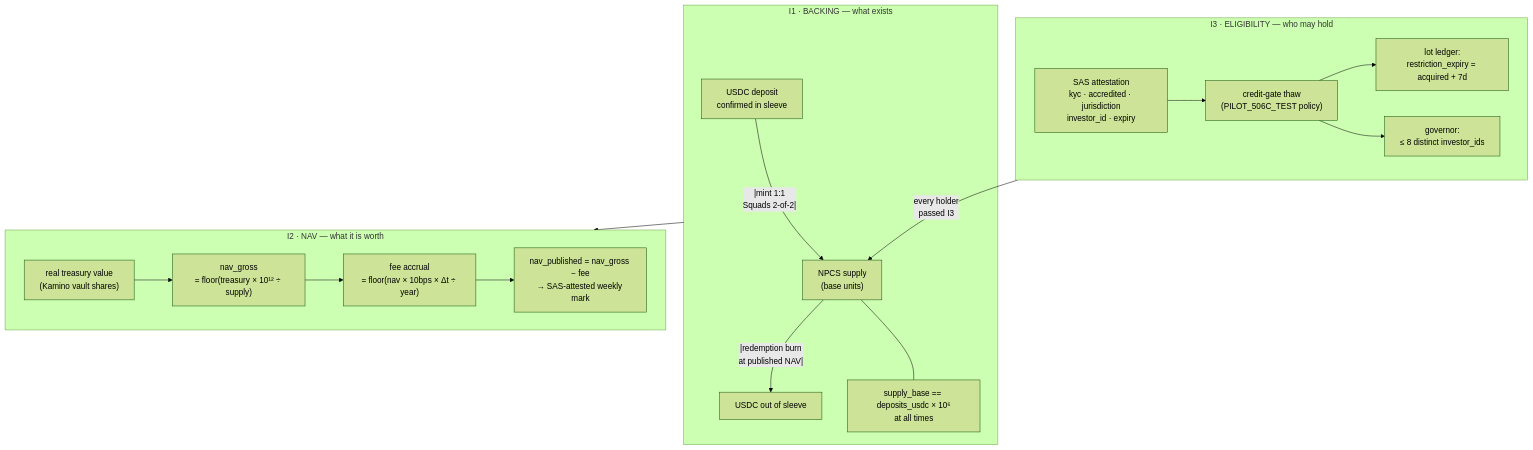
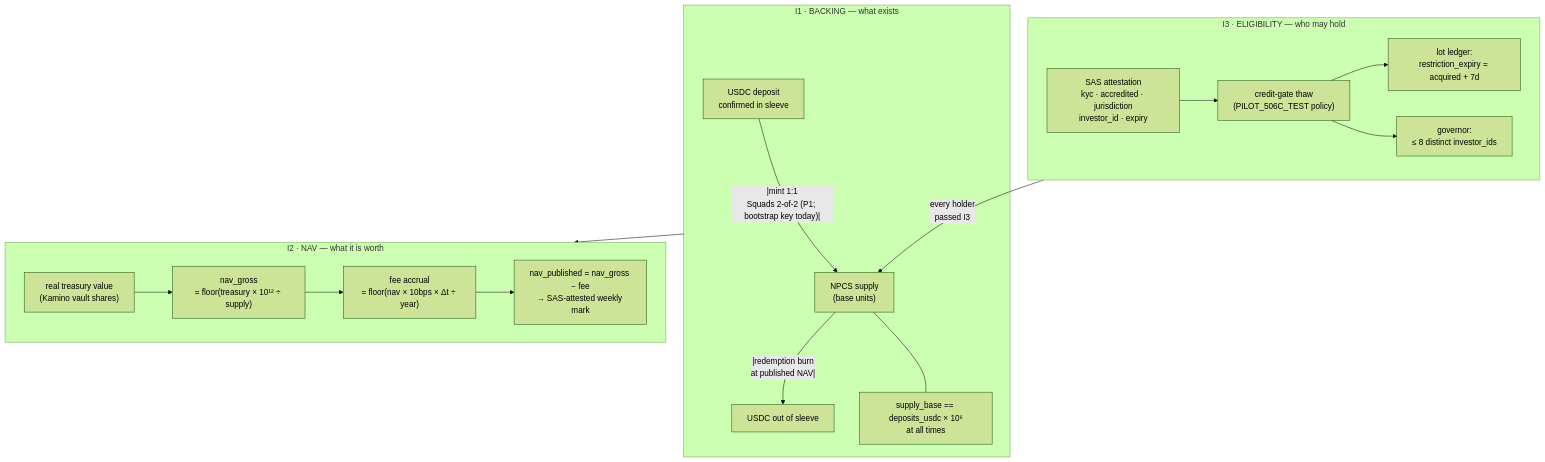
One commit to Srizdebnath/nundina changed the first of 2 diagrams in token/TOKENOMICS.md. Above: the diagram before and after it, drawn with Mermaid (forest theme). The commit also changed other lines of this file and 2 other files, not shown here.

````diff
--- a/token/TOKENOMICS.md
+++ b/token/TOKENOMICS.md
@@ -13,23 +26,23 @@
 ```mermaid
 flowchart TB
     subgraph I1["I1 · BACKING — what exists"]
-        A["USDC deposit<br/>confirmed in sleeve"] -->|"|mint 1:1<br/>Squads 2-of-2|"| S["NPCS supply<br/>(base units)"]
+        A["USDC deposit<br/>confirmed in sleeve"] -->|"|mint 1:1<br/>Squads 2-of-2 (P1; bootstrap key today)|"| S["NPCS supply<br/>(base units)"]
         S -->|"|redemption burn<br/>at published NAV|"| R["USDC out of sleeve"]
         S --- N1["supply_base == deposits_usdc × 10⁶<br/>at all times"]
     end
 
     subgraph I2["I2 · NAV — what it is worth"]
         T["real treasury value<br/>(Kamino vault shares)"] --> G["nav_gross<br/>= floor(treasury × 10¹² ÷ supply)"]
         G --> F["fee accrual<br/>= floor(nav × 10bps × Δt ÷ year)"]
         F --> P["nav_published = nav_gross − fee<br/>→ SAS-attested weekly mark"]
     end
 
     subgraph I3["I3 · ELIGIBILITY — who may hold"]
         ATT["SAS attestation<br/>kyc · accredited · jurisdiction<br/>investor_id · expiry"] --> GATE["credit-gate thaw<br/>(PILOT_506C_TEST policy)"]
         GATE --> LOTS["lot ledger:<br/>restriction_expiry = acquired + 7d"]
         GATE --> CAP["governor:<br/>≤ 8 distinct investor_ids"]
     end
 
     I1 --> I2
     I3 -->|"every holder<br/>passed I3"| S
 ```
````
